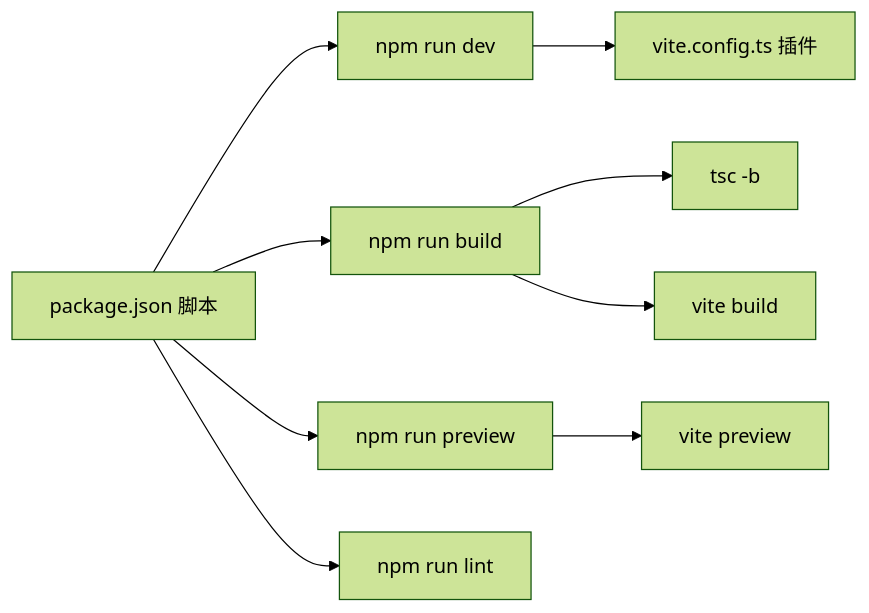
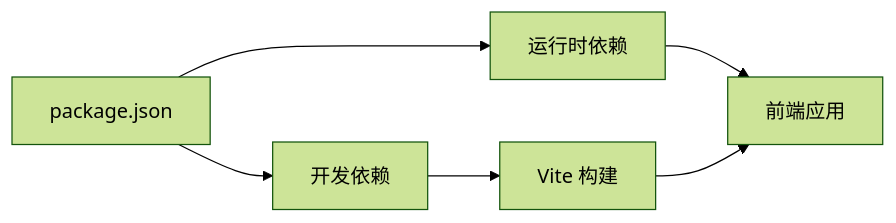
Before and after one commit to billye220670/AIShop: the third of 3 diagrams in .qoder/repowiki/zh/content/快速开始.md, drawn with Mermaid (forest theme). The commit also changed other lines of this file and 135 other files, not shown here.

````diff
--- a/.qoder/repowiki/zh/content/快速开始.md
+++ b/.qoder/repowiki/zh/content/快速开始.md
@@ -246,11 +194,8 @@
 ```mermaid
 graph LR
-Pkg["package.json 脚本"] --> Dev["npm run dev"]
-Pkg --> Build["npm run build"]
-Pkg --> Preview["npm run preview"]
-Pkg --> Lint["npm run lint"]
-Dev --> Vite["vite.config.ts 插件"]
-Build --> TS["tsc -b"]
-Build --> ViteB["vite build"]
-Preview --> ViteP["vite preview"]
+P["package.json"] --> R["运行时依赖"]
+P --> D["开发依赖"]
+R --> FE["前端应用"]
+D --> V["Vite 构建"]
+V --> FE
 ```
````
